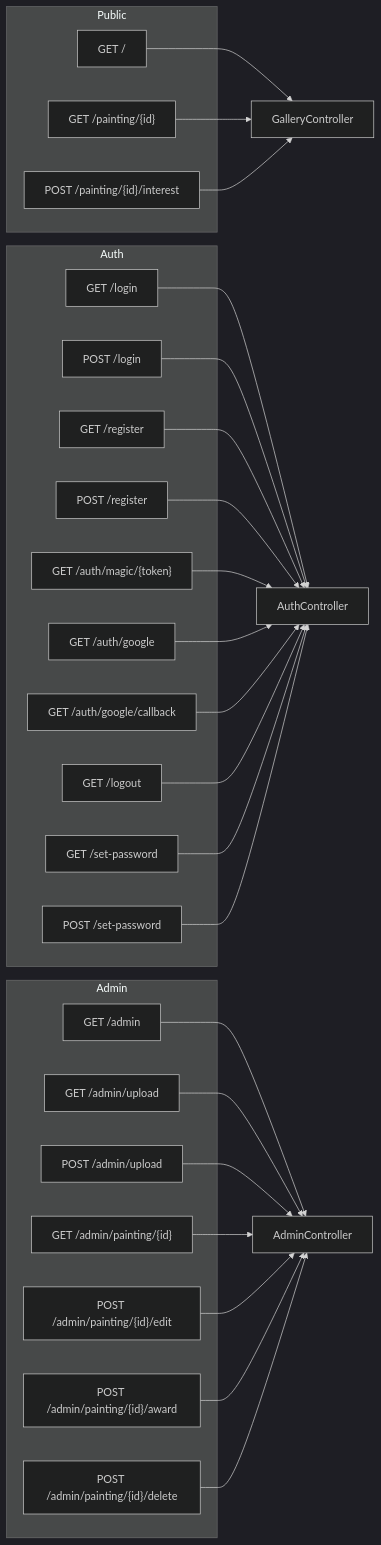
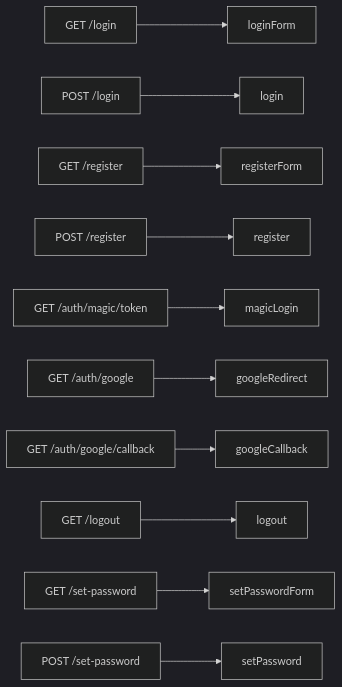
One commit to robsartin/heirloom changed the tenth of 12 diagrams in doc/DEVELOPER.md. Above: the diagram before and after it, drawn with Mermaid (dark theme). The commit also changed other lines of this file, not shown here.

Commit message:
Fix Mermaid diagrams in developer docs
- System overview: move edges outside subgraph blocks, escape newlines
- Route map: split into 3 smaller diagrams (one per controller) to avoid
  rendering issues with large graphs and undefined target nodes
- Google OAuth sequence: update to reflect reject-unknown-users behavior
- Magic link sequence: replace < with text to avoid HTML parsing issues

````diff
--- a/doc/DEVELOPER.md
+++ b/doc/DEVELOPER.md
@@ -239,54 +258,13 @@
 ```mermaid
 graph LR
-    subgraph Public
-        GET_ROOT["GET /"]
-        GET_PAINTING["GET /painting/{id}"]
-        POST_INTEREST["POST /painting/{id}/interest"]
-    end
-
-    subgraph Auth
-        GET_LOGIN["GET /login"]
-        POST_LOGIN["POST /login"]
-        GET_REGISTER["GET /register"]
-        POST_REGISTER["POST /register"]
-        GET_MAGIC["GET /auth/magic/{token}"]
-        GET_GOOGLE["GET /auth/google"]
-        GET_GCALLBACK["GET /auth/google/callback"]
-        GET_LOGOUT["GET /logout"]
-        GET_SETPW["GET /set-password"]
-        POST_SETPW["POST /set-password"]
-    end
-
-    subgraph Admin
-        GET_ADMIN["GET /admin"]
-        GET_UPLOAD["GET /admin/upload"]
-        POST_UPLOAD["POST /admin/upload"]
-        GET_MANAGE["GET /admin/painting/{id}"]
-        POST_EDIT["POST /admin/painting/{id}/edit"]
-        POST_AWARD["POST /admin/painting/{id}/award"]
-        POST_DELETE["POST /admin/painting/{id}/delete"]
-    end
-
-    GET_ROOT --> GalleryController
-    GET_PAINTING --> GalleryController
-    POST_INTEREST --> GalleryController
-
-    GET_LOGIN --> AuthController
-    POST_LOGIN --> AuthController
-    GET_REGISTER --> AuthController
-    POST_REGISTER --> AuthController
-    GET_MAGIC --> AuthController
-    GET_GOOGLE --> AuthController
-    GET_GCALLBACK --> AuthController
-    GET_LOGOUT --> AuthController
-    GET_SETPW --> AuthController
-    POST_SETPW --> AuthController
-
-    GET_ADMIN --> AdminController
-    GET_UPLOAD --> AdminController
-    POST_UPLOAD --> AdminController
-    GET_MANAGE --> AdminController
-    POST_EDIT --> AdminController
-    POST_AWARD --> AdminController
-    POST_DELETE --> AdminController
+    GET_LOGIN["GET /login"] --> AC1[loginForm]
+    POST_LOGIN["POST /login"] --> AC2[login]
+    GET_REG["GET /register"] --> AC3[registerForm]
+    POST_REG["POST /register"] --> AC4[register]
+    GET_MAGIC["GET /auth/magic/token"] --> AC5[magicLogin]
+    GET_GOOGLE["GET /auth/google"] --> AC6[googleRedirect]
+    GET_GCALLBACK["GET /auth/google/callback"] --> AC7[googleCallback]
+    GET_LOGOUT["GET /logout"] --> AC8[logout]
+    GET_SETPW["GET /set-password"] --> AC9[setPasswordForm]
+    POST_SETPW["POST /set-password"] --> AC10[setPassword]
 ```
````
